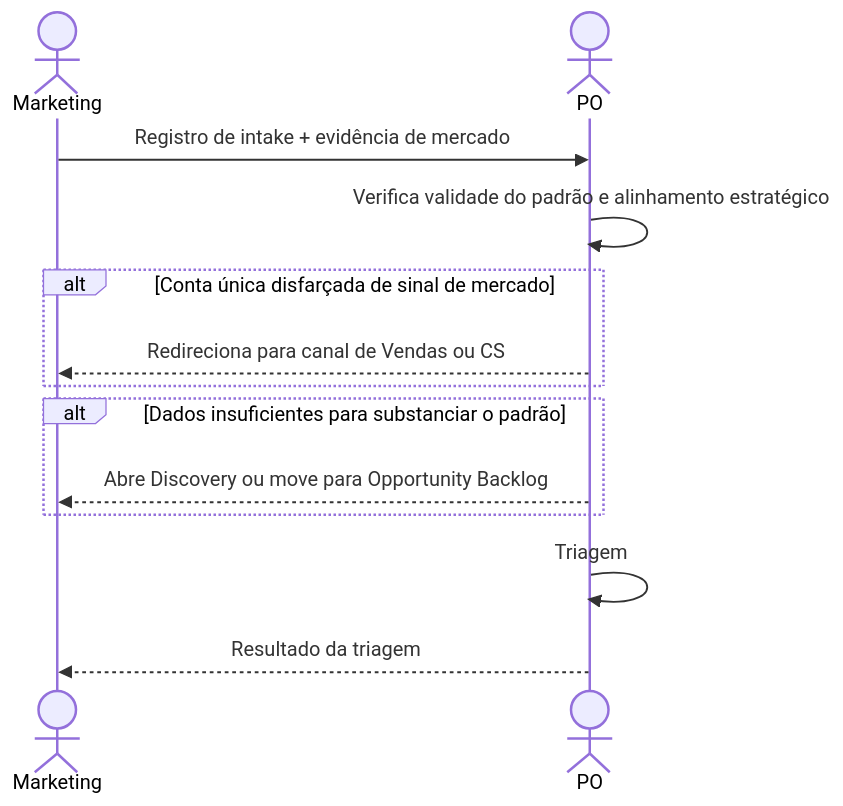
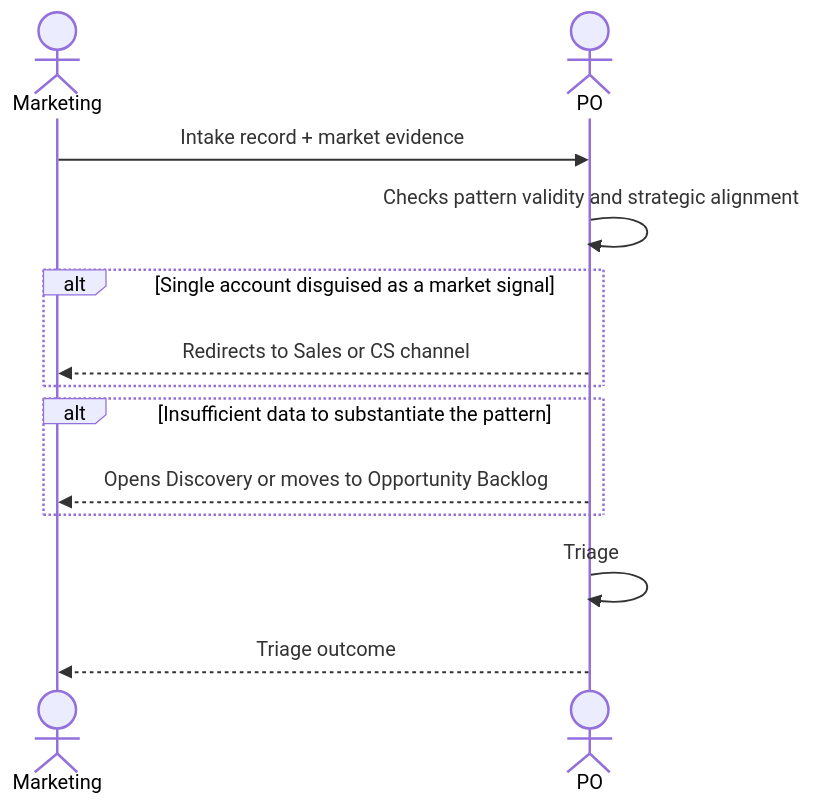
One commit to hugo-hsbtech/teamwork-process changed the diagram in interactions/03-marketing-to-po.md. Above: the diagram before and after it, drawn with Mermaid. The commit also changed other lines of this file and 63 other files, not shown here.

````diff
--- a/interactions/03-marketing-to-po.md
+++ b/interactions/03-marketing-to-po.md
@@ -64,19 +64,19 @@
 ```mermaid
 sequenceDiagram
     actor MKT as Marketing
     actor PO as PO
 
-    MKT->>PO: Registro de intake + evidência de mercado
-    PO->>PO: Verifica validade do padrão e alinhamento estratégico
+    MKT->>PO: Intake record + market evidence
+    PO->>PO: Checks pattern validity and strategic alignment
 
-    alt Conta única disfarçada de sinal de mercado
-        PO-->>MKT: Redireciona para canal de Vendas ou CS
+    alt Single account disguised as a market signal
+        PO-->>MKT: Redirects to Sales or CS channel
     end
 
-    alt Dados insuficientes para substanciar o padrão
-        PO-->>MKT: Abre Discovery ou move para Opportunity Backlog
+    alt Insufficient data to substantiate the pattern
+        PO-->>MKT: Opens Discovery or moves to Opportunity Backlog
     end
 
-    PO->>PO: Triagem
-    PO-->>MKT: Resultado da triagem
+    PO->>PO: Triage
+    PO-->>MKT: Triage outcome
 ```
````
